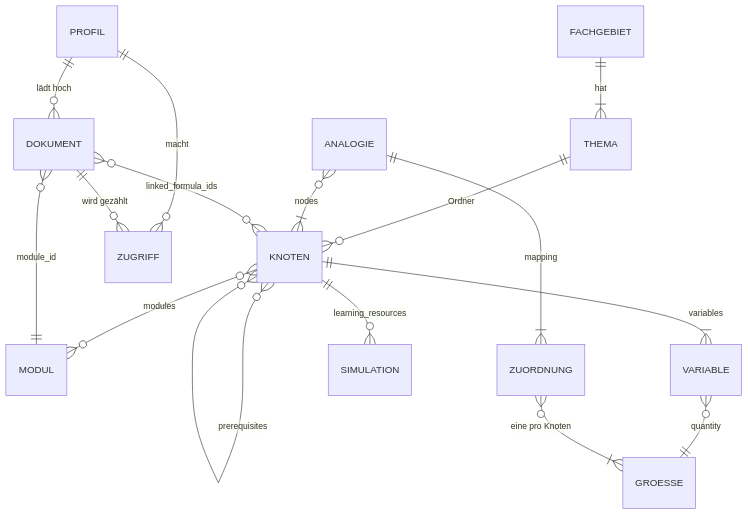
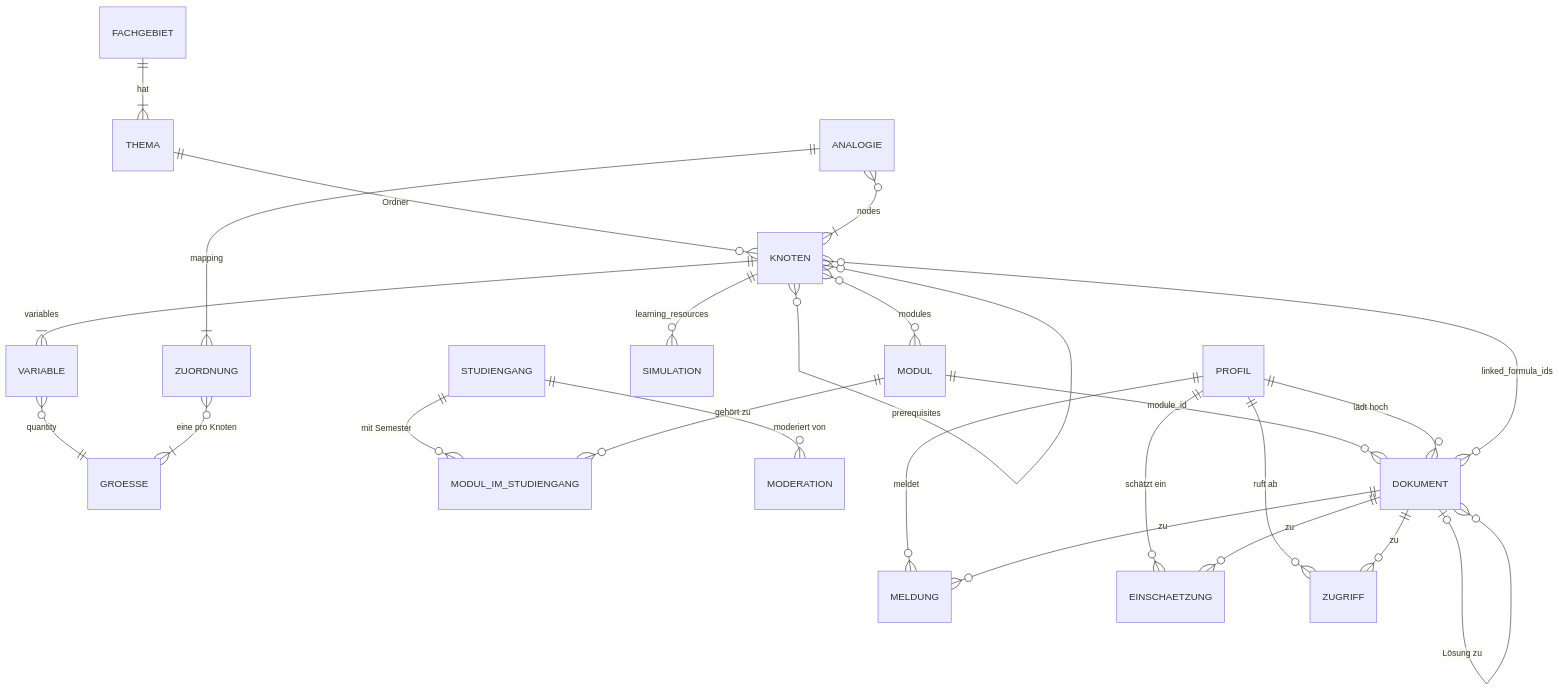
The second of 3 diagrams in docs/ARCHITEKTUR.md (simonbruder-hub/study-hub), drawn with Mermaid before and after one commit. The commit also changed other lines of this file and 5 other files, not shown here.

````diff
--- a/docs/ARCHITEKTUR.md
+++ b/docs/ARCHITEKTUR.md
@@ -174,18 +177,26 @@
 ```mermaid
 erDiagram
   FACHGEBIET ||--|{ THEMA : "hat"
   THEMA ||--o{ KNOTEN : "Ordner"
   KNOTEN }o--o{ KNOTEN : "prerequisites"
   KNOTEN }o--o{ MODUL : "modules"
   KNOTEN ||--|{ VARIABLE : "variables"
   VARIABLE }o--|| GROESSE : "quantity"
   ANALOGIE }o--|{ KNOTEN : "nodes"
   ANALOGIE ||--|{ ZUORDNUNG : "mapping"
   ZUORDNUNG }o--|{ GROESSE : "eine pro Knoten"
   KNOTEN ||--o{ SIMULATION : "learning_resources"
+  STUDIENGANG ||--o{ MODUL_IM_STUDIENGANG : "mit Semester"
+  MODUL ||--o{ MODUL_IM_STUDIENGANG : "gehört zu"
+  STUDIENGANG ||--o{ MODERATION : "moderiert von"
+  MODUL ||--o{ DOKUMENT : "module_id"
+  DOKUMENT |o--o{ DOKUMENT : "Lösung zu"
   DOKUMENT }o--o{ KNOTEN : "linked_formula_ids"
-  DOKUMENT }o--|| MODUL : "module_id"
   PROFIL ||--o{ DOKUMENT : "lädt hoch"
-  PROFIL ||--o{ ZUGRIFF : "macht"
-  DOKUMENT ||--o{ ZUGRIFF : "wird gezählt"
+  PROFIL ||--o{ MELDUNG : "meldet"
+  PROFIL ||--o{ EINSCHAETZUNG : "schätzt ein"
+  PROFIL ||--o{ ZUGRIFF : "ruft ab"
+  DOKUMENT ||--o{ MELDUNG : "zu"
+  DOKUMENT ||--o{ EINSCHAETZUNG : "zu"
+  DOKUMENT ||--o{ ZUGRIFF : "zu"
 ```
````
